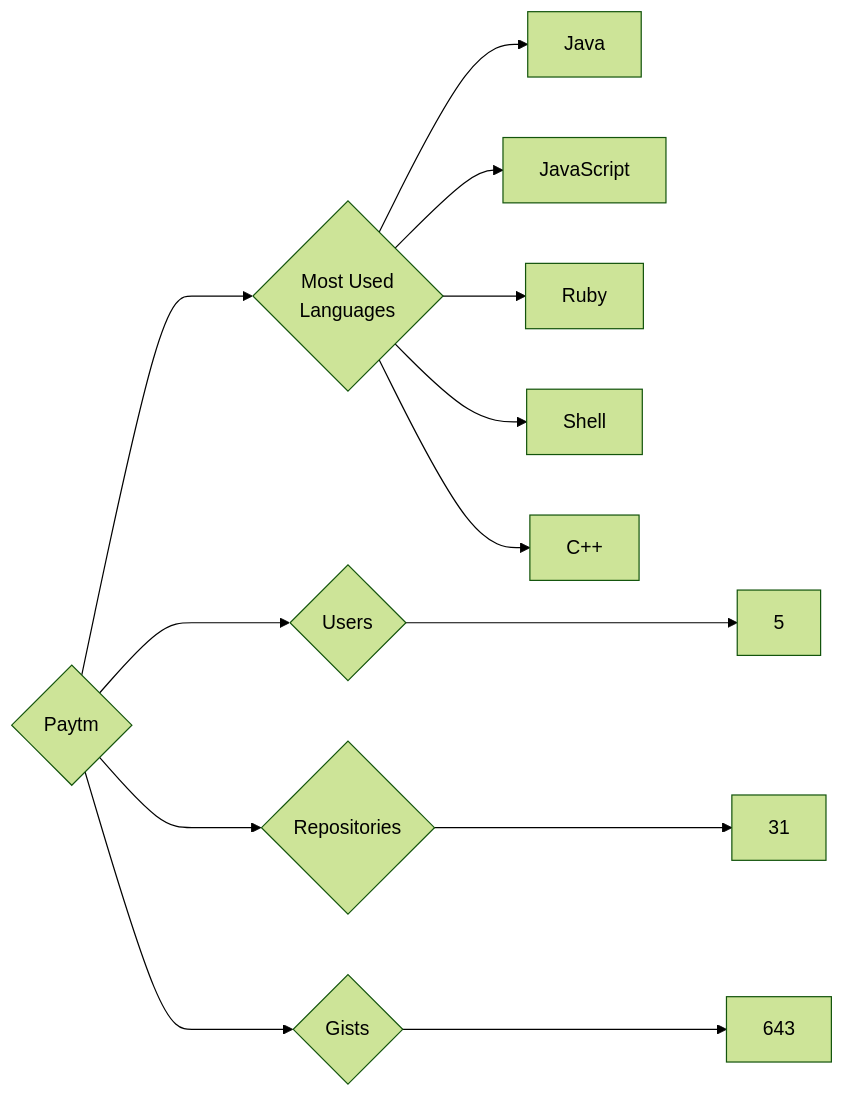
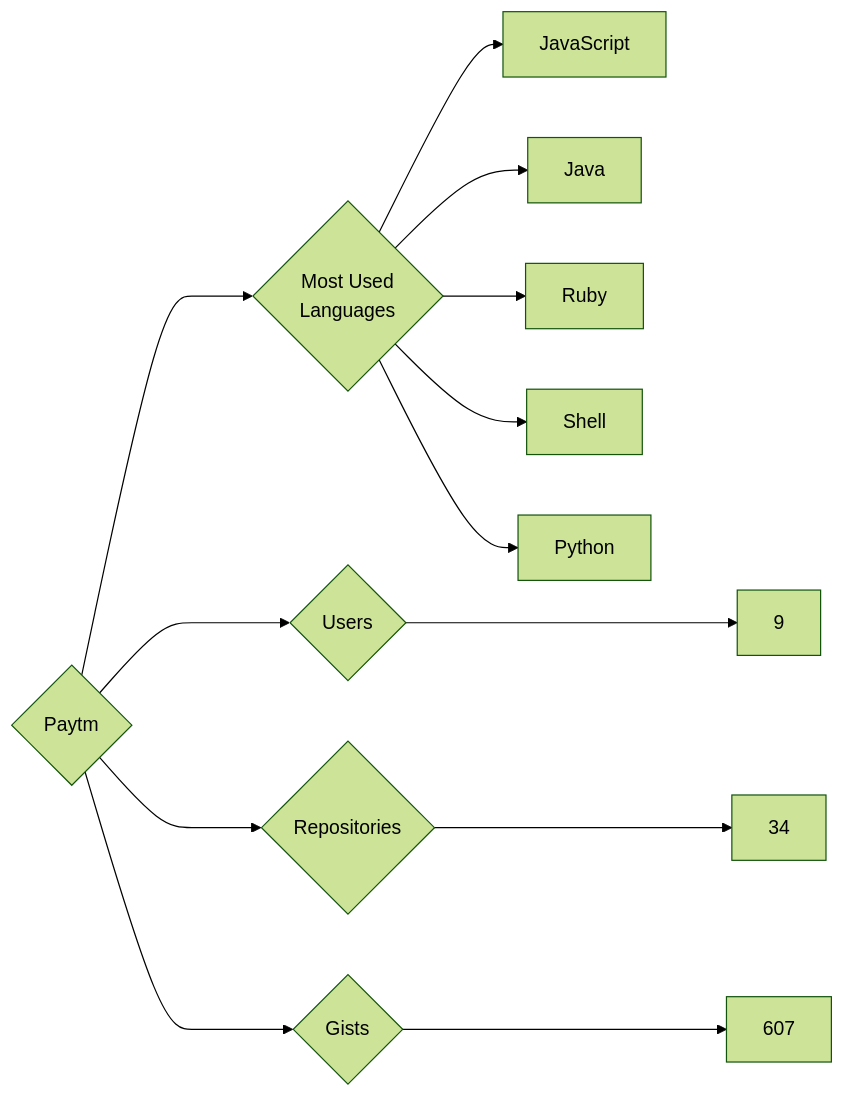
One commit to trickest/insiders changed the diagram in targets/Paytm/README.md. Above: the diagram before and after it, drawn with Mermaid (forest theme). The commit also changed 953 other files, not shown here.

````diff
--- a/targets/Paytm/README.md
+++ b/targets/Paytm/README.md
@@ -3,13 +3,13 @@
 ```mermaid
 graph LR
 COMPANY_NAME{Paytm}
-COMPANY_NAME ---> U{Users} ---> UN[5]
-COMPANY_NAME ---> R{Repositories} ---> RN[31]
-COMPANY_NAME ---> G{Gists} ---> GN[643]
+COMPANY_NAME ---> U{Users} ---> UN[9]
+COMPANY_NAME ---> R{Repositories} ---> RN[34]
+COMPANY_NAME ---> G{Gists} ---> GN[607]
 COMPANY_NAME ---> ML{Most Used<br>Languages}
+ML --> JavaScript[JavaScript]
 ML --> Java[Java]
-ML --> JavaScript[JavaScript]
 ML --> Ruby[Ruby]
 ML --> Shell[Shell]
-ML --> C++[C++]
+ML --> Python[Python]
 ```
````
